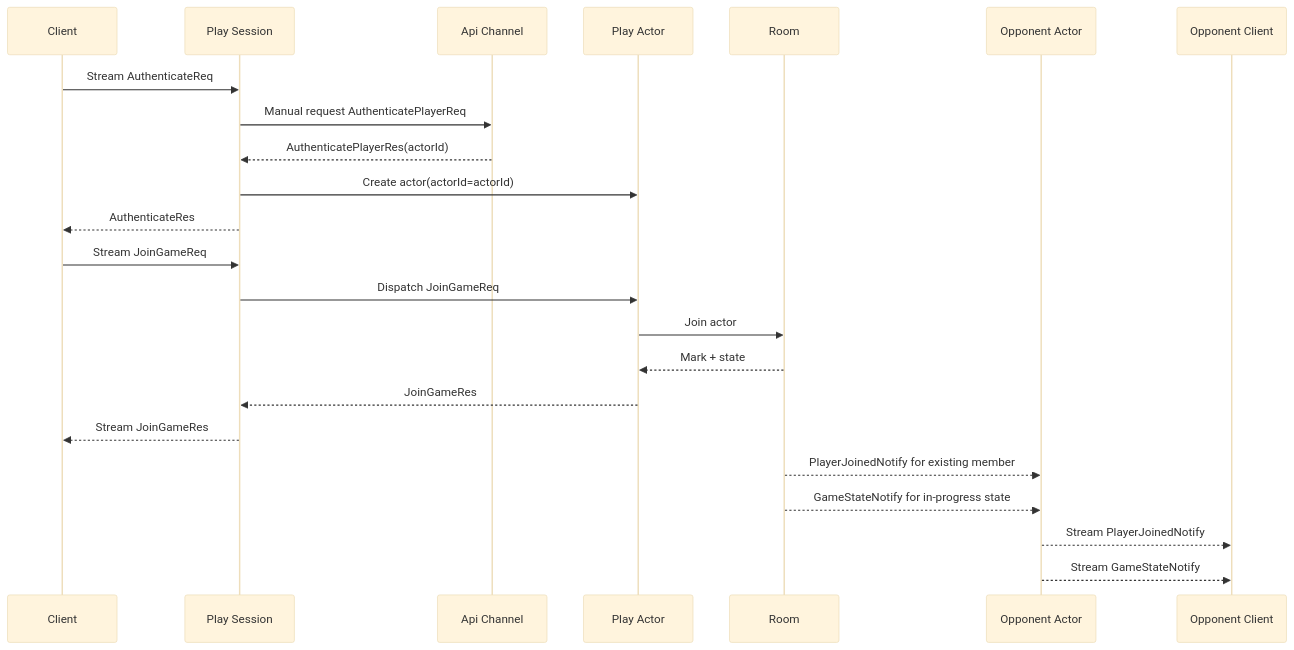
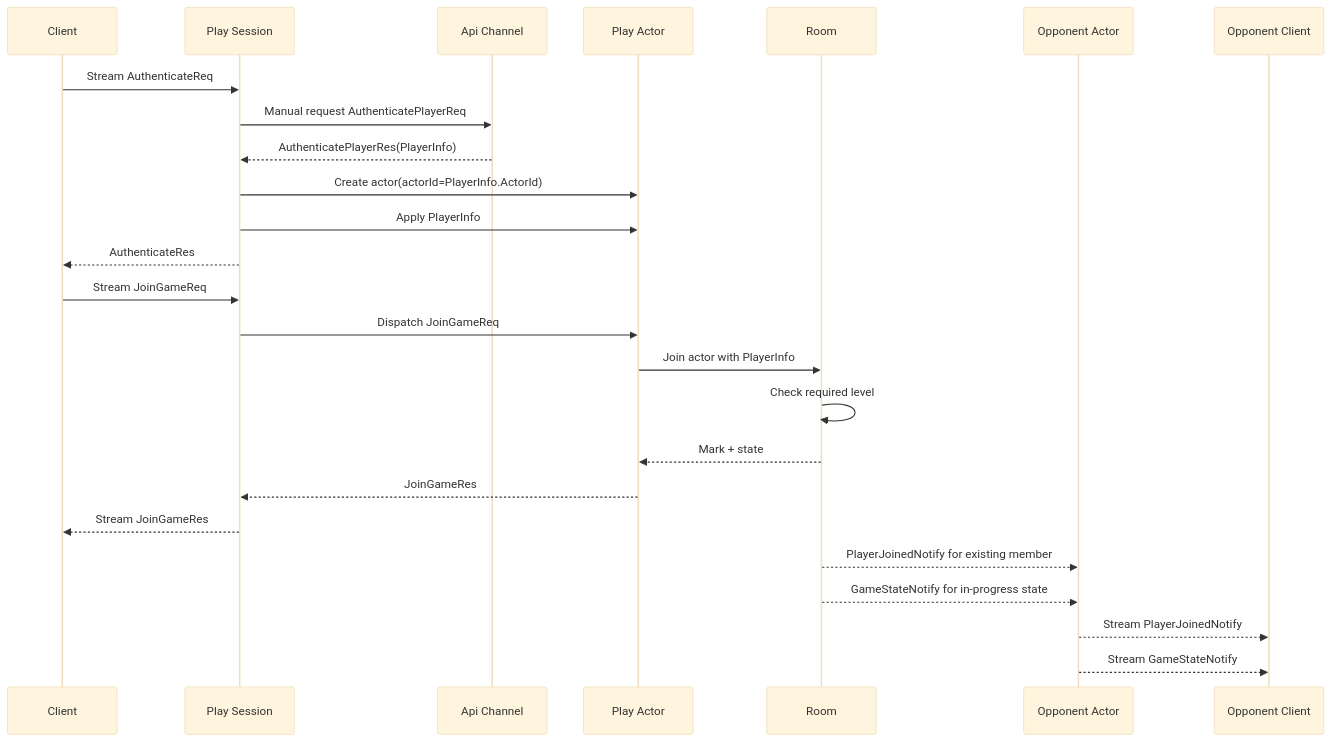
One commit to kairos-code-dev/zlink changed the third of 6 diagrams in framework/doc/framework/common/sample/tictactoe/README.ko.md. Above: the diagram before and after it, drawn with Mermaid (base theme). The commit also changed other lines of this file, not shown here.

````diff
--- a/framework/doc/framework/common/sample/tictactoe/README.ko.md
+++ b/framework/doc/framework/common/sample/tictactoe/README.ko.md
@@ -612,26 +761,28 @@
 ```mermaid
 sequenceDiagram
     participant C as Client
     participant S as Play Session
     participant API as Api Channel
     participant ACT as Play Actor
     participant ROOM as Room
     participant OACT as Opponent Actor
     participant OC as Opponent Client
 
     C->>S: Stream AuthenticateReq
     S->>API: Manual request AuthenticatePlayerReq
-    API-->>S: AuthenticatePlayerRes(actorId)
-    S->>ACT: Create actor(actorId=actorId)
+    API-->>S: AuthenticatePlayerRes(PlayerInfo)
+    S->>ACT: Create actor(actorId=PlayerInfo.ActorId)
+    S->>ACT: Apply PlayerInfo
     S-->>C: AuthenticateRes
     C->>S: Stream JoinGameReq
     S->>ACT: Dispatch JoinGameReq
-    ACT->>ROOM: Join actor
+    ACT->>ROOM: Join actor with PlayerInfo
+    ROOM->>ROOM: Check required level
     ROOM-->>ACT: Mark + state
     ACT-->>S: JoinGameRes
     S-->>C: Stream JoinGameRes
     ROOM-->>OACT: PlayerJoinedNotify for existing member
     ROOM-->>OACT: GameStateNotify for in-progress state
     OACT-->>OC: Stream PlayerJoinedNotify
     OACT-->>OC: Stream GameStateNotify
 ```
````
